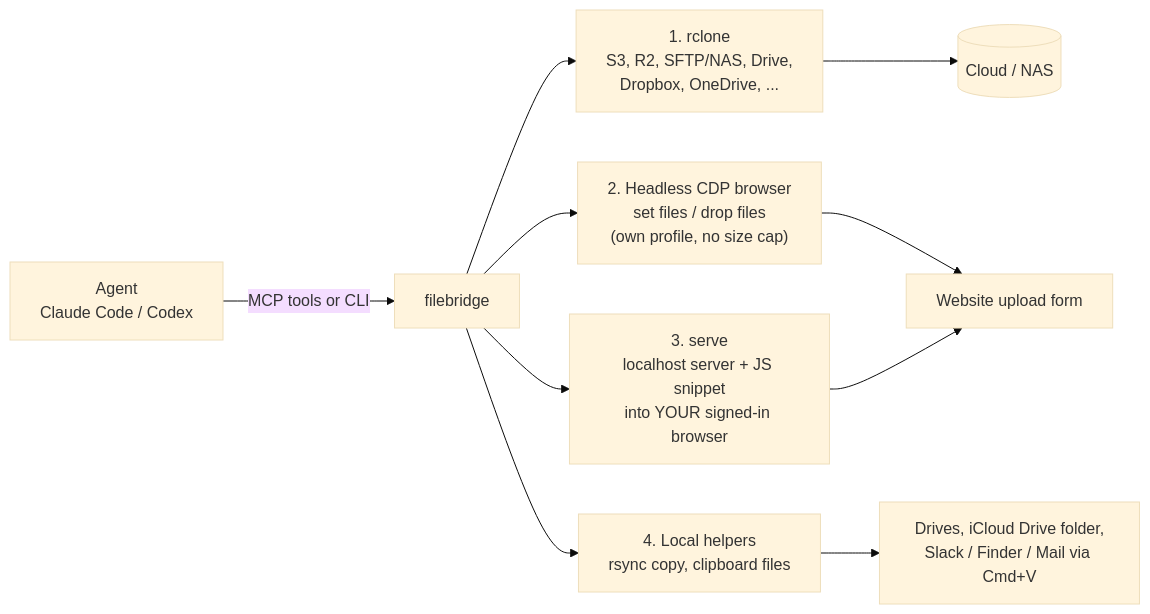
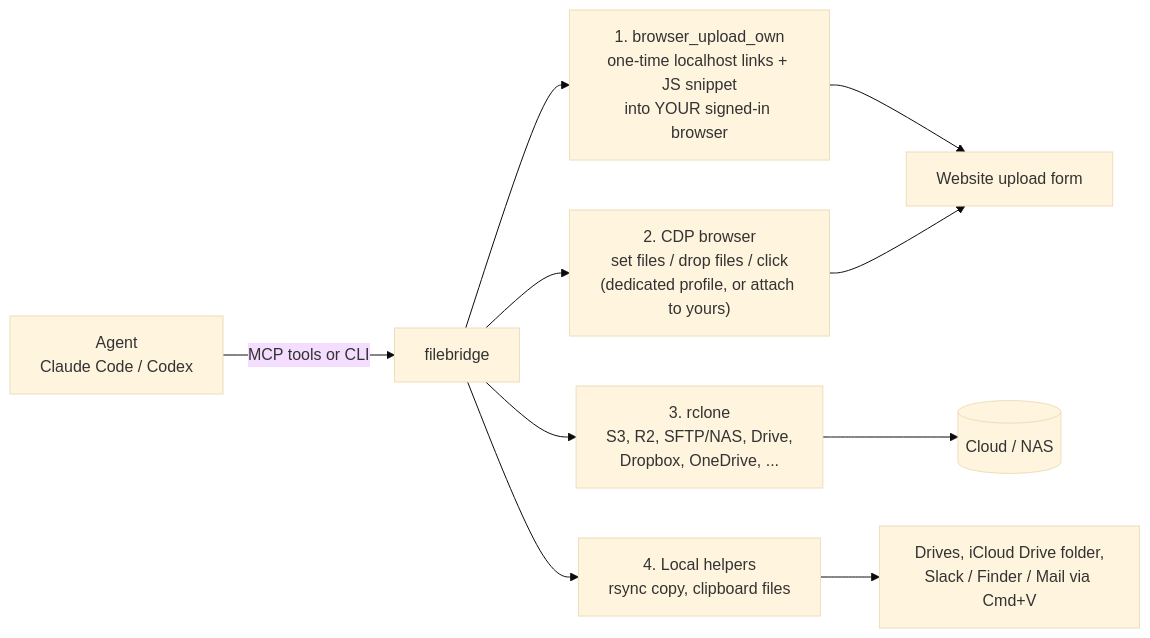
The diagram in README.md (vincesector/filebridge), drawn with Mermaid (base theme) before and after one commit. The commit also changed other lines of this file and 5 other files, not shown here.

````diff
--- a/README.md
+++ b/README.md
@@ -20,12 +22,12 @@
 ```mermaid
 flowchart LR
     A[Agent<br/>Claude Code / Codex] -->|MCP tools or CLI| F[filebridge]
-    F --> R["1. rclone<br/>S3, R2, SFTP/NAS, Drive,<br/>Dropbox, OneDrive, ..."]
-    F --> H["2. Headless CDP browser<br/>set files / drop files<br/>(own profile, no size cap)"]
-    F --> S["3. serve<br/>localhost server + JS snippet<br/>into YOUR signed-in browser"]
+    F --> S["1. browser_upload_own<br/>one-time localhost links + JS snippet<br/>into YOUR signed-in browser"]
+    F --> H["2. CDP browser<br/>set files / drop files / click<br/>(dedicated profile, or attach to yours)"]
+    F --> R["3. rclone<br/>S3, R2, SFTP/NAS, Drive,<br/>Dropbox, OneDrive, ..."]
     F --> L["4. Local helpers<br/>rsync copy, clipboard files"]
+    S --> W[Website upload form]
+    H --> W
     R --> C[(Cloud / NAS)]
-    H --> W[Website upload form]
-    S --> W
     L --> D[Drives, iCloud Drive folder,<br/>Slack / Finder / Mail via Cmd+V]
 ```
````
